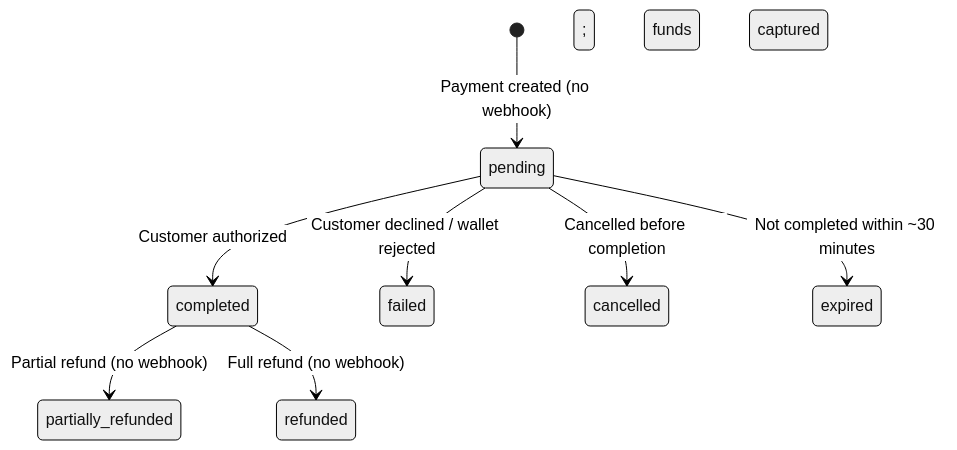
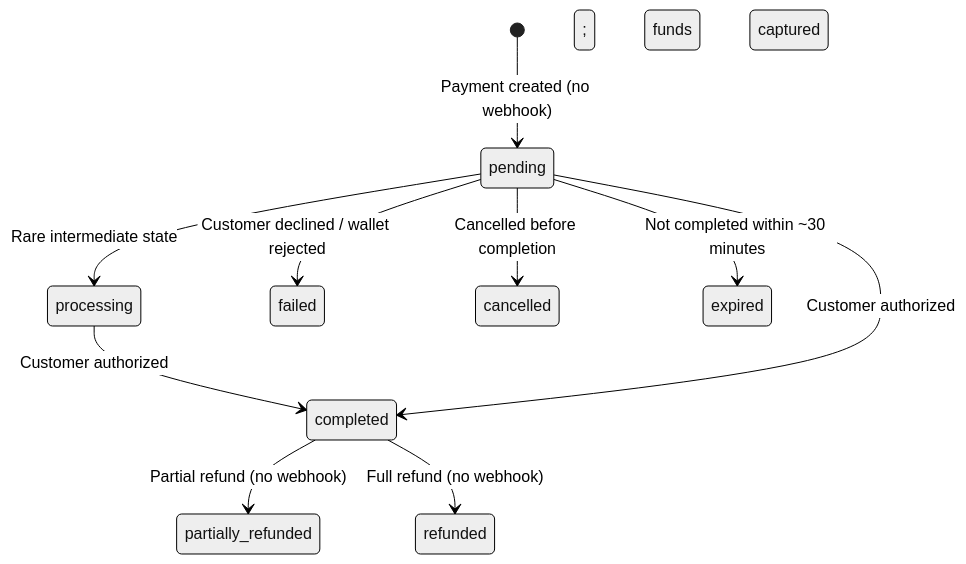
The diagram in guides/webhooks.mdx (Meetpay-Africa/docs), drawn with Mermaid (neutral theme) before and after one commit. The commit also changed other lines of this file and 22 other files, not shown here.

````diff
--- a/guides/webhooks.mdx
+++ b/guides/webhooks.mdx
@@ -31,10 +35,12 @@
 ```mermaid
 stateDiagram-v2
     [*] --> pending: Payment created (no webhook)
+    pending --> processing: Rare intermediate state
+    processing --> completed: Customer authorized; funds captured
     pending --> completed: Customer authorized; funds captured
     pending --> failed: Customer declined / wallet rejected
     pending --> cancelled: Cancelled before completion
     pending --> expired: Not completed within ~30 minutes
     completed --> partially_refunded: Partial refund (no webhook)
     completed --> refunded: Full refund (no webhook)
 ```
````
